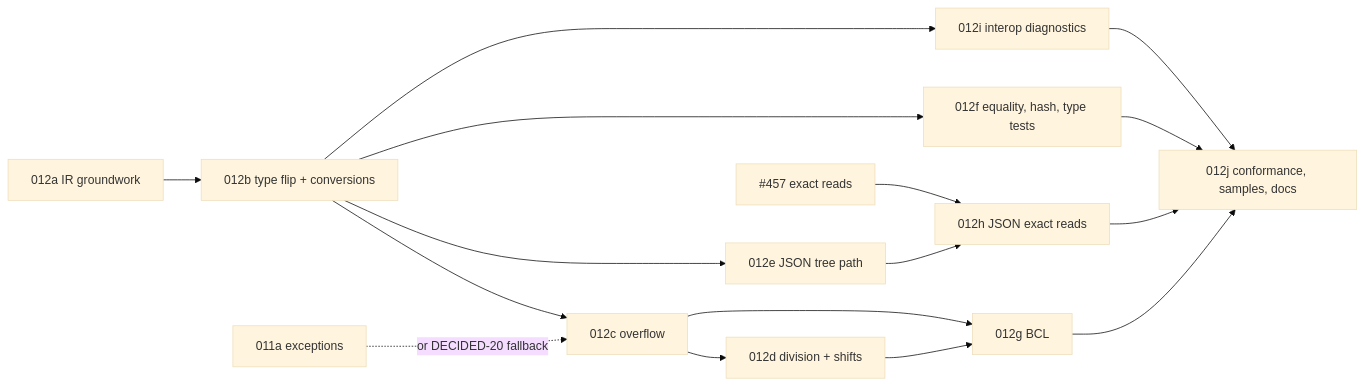
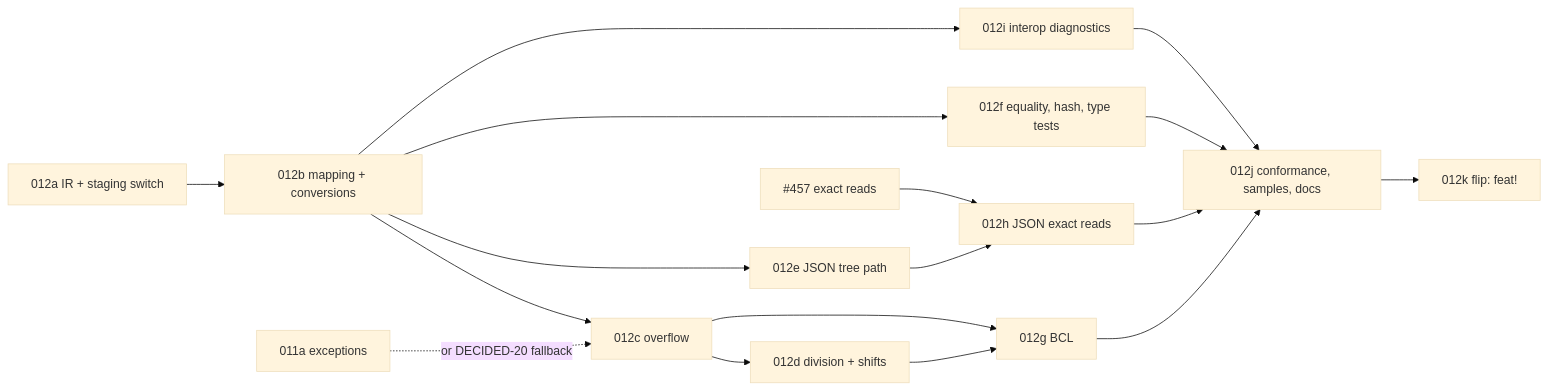
One commit to danfma/metano changed the diagram in specs/012-long-as-bigint/plan.md. Above: the diagram before and after it, drawn with Mermaid (base theme). The commit also changed other lines of this file and 10 other files, not shown here.

````diff
--- a/specs/012-long-as-bigint/plan.md
+++ b/specs/012-long-as-bigint/plan.md
@@ -147,18 +155,19 @@
 ```mermaid
 flowchart LR
-  a[012a IR groundwork] --> b[012b type flip + conversions]
+  a[012a IR + staging switch] --> b[012b mapping + conversions]
   b --> c[012c overflow]
   c --> d[012d division + shifts]
   b --> e[012e JSON tree path]
   b --> f[012f equality, hash, type tests]
   c --> g[012g BCL]
   d --> g
   e --> h[012h JSON exact reads]
   i457[#457 exact reads] --> h
   b --> i[012i interop diagnostics]
   g --> j[012j conformance, samples, docs]
   f --> j
   h --> j
   i --> j
+  j --> k[012k flip: feat!]
   o11[011a exceptions] -. "or DECIDED-20 fallback" .-> c
 ```
````
